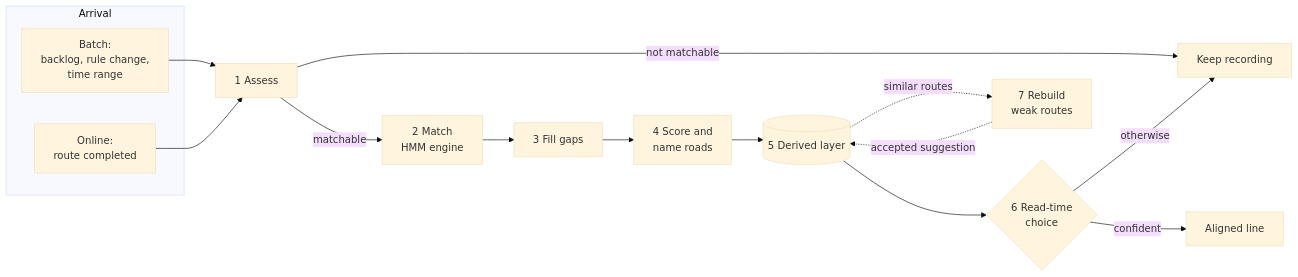
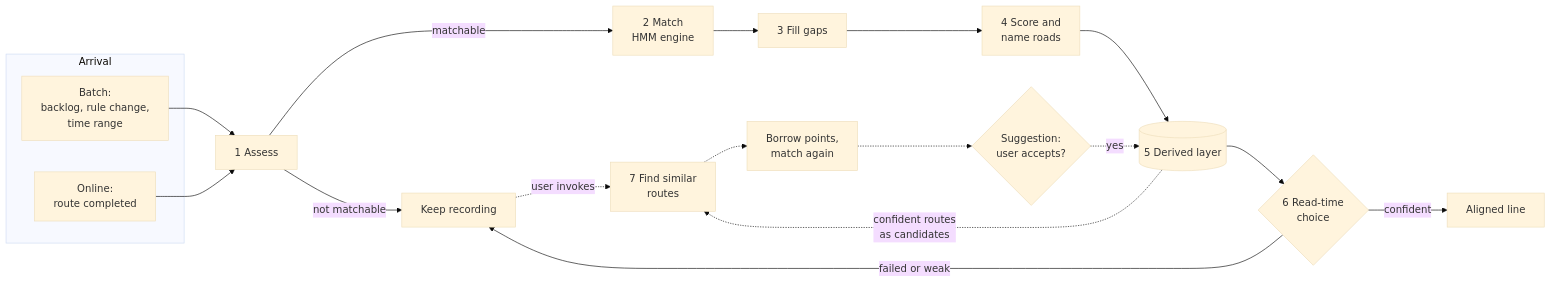
The first of 10 diagrams in docs/export/route-to-road-alignment-design.md (mayafit/Contacts), drawn with Mermaid (base theme) before and after one commit. The commit also changed other lines of this file, not shown here.

First line of the commit message:
docs: show the user-invoked similar-routes rebuild in the route alignment summary

````diff
--- a/docs/export/route-to-road-alignment-design.md
+++ b/docs/export/route-to-road-alignment-design.md
@@ -30,19 +30,22 @@
 ```mermaid
 flowchart LR
   subgraph IN[Arrival]
     B1[Batch:<br/>backlog, rule change,<br/>time range]
     O1[Online:<br/>route completed]
   end
   B1 --> A[1 Assess]
   O1 --> A
   A -->|not matchable| K[Keep recording]
   A -->|matchable| M[2 Match<br/>HMM engine]
   M --> G[3 Fill gaps]
   G --> S[4 Score and<br/>name roads]
   S --> D[(5 Derived layer)]
   D --> R{6 Read-time<br/>choice}
   R -->|confident| AL[Aligned line]
-  R -->|otherwise| K
-  D -.->|similar routes| RB[7 Rebuild<br/>weak routes]
-  RB -.->|accepted suggestion| D
+  R -->|failed or weak| K
+  K -.->|user invokes| SR[7 Find similar<br/>routes]
+  D -.->|confident routes<br/>as candidates| SR
+  SR -.-> RM[Borrow points,<br/>match again]
+  RM -.-> SG{Suggestion:<br/>user accepts?}
+  SG -.->|yes| D
 ```
````
